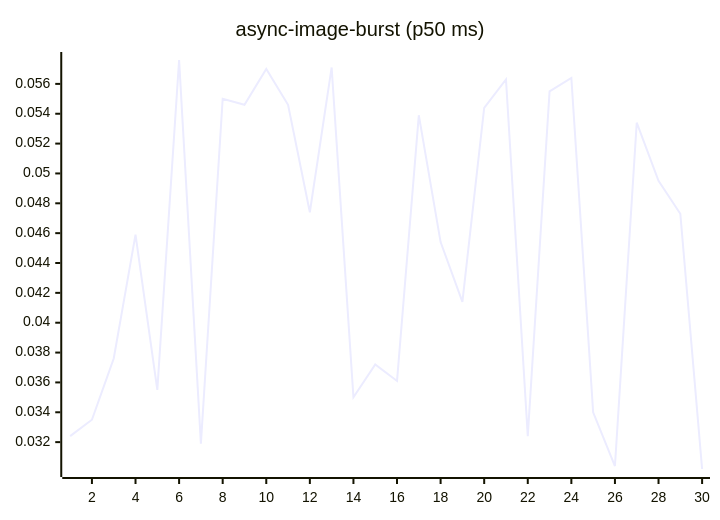
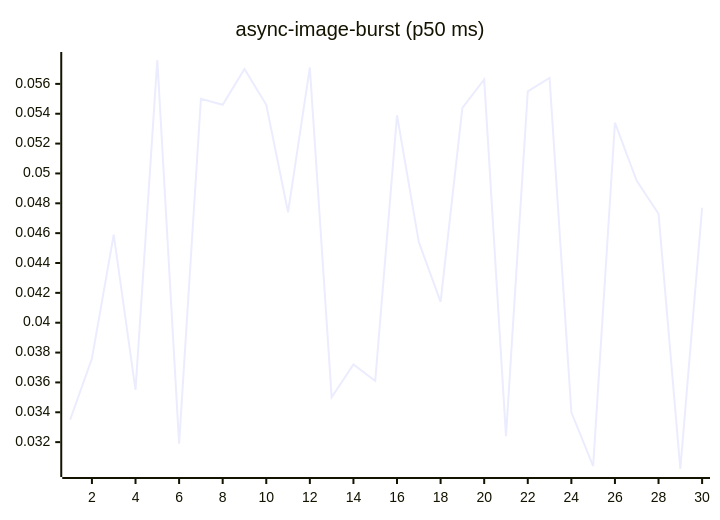
Before and after one commit to josha/Facet: the fourth of 27 diagrams in README.md, drawn with Mermaid. The commit also changed other lines of this file and 2 other files, not shown here.

````diff
--- a/README.md
+++ b/README.md
@@ -84,6 +84,6 @@
 ```mermaid
 xychart-beta
     title "async-image-burst (p50 ms)"
     x-axis 1 --> 30
-    line [0.0324, 0.0335, 0.0376, 0.0459, 0.0355, 0.0576, 0.0319, 0.0550, 0.0546, 0.0570, 0.0546, 0.0474, 0.0571, 0.0350, 0.0372, 0.0361, 0.0539, 0.0454, 0.0414, 0.0544, 0.0563, 0.0324, 0.0555, 0.0564, 0.0340, 0.0304, 0.0534, 0.0495, 0.0473, 0.0302]
+    line [0.0335, 0.0376, 0.0459, 0.0355, 0.0576, 0.0319, 0.0550, 0.0546, 0.0570, 0.0546, 0.0474, 0.0571, 0.0350, 0.0372, 0.0361, 0.0539, 0.0454, 0.0414, 0.0544, 0.0563, 0.0324, 0.0555, 0.0564, 0.0340, 0.0304, 0.0534, 0.0495, 0.0473, 0.0302, 0.0477]
 ```
````
